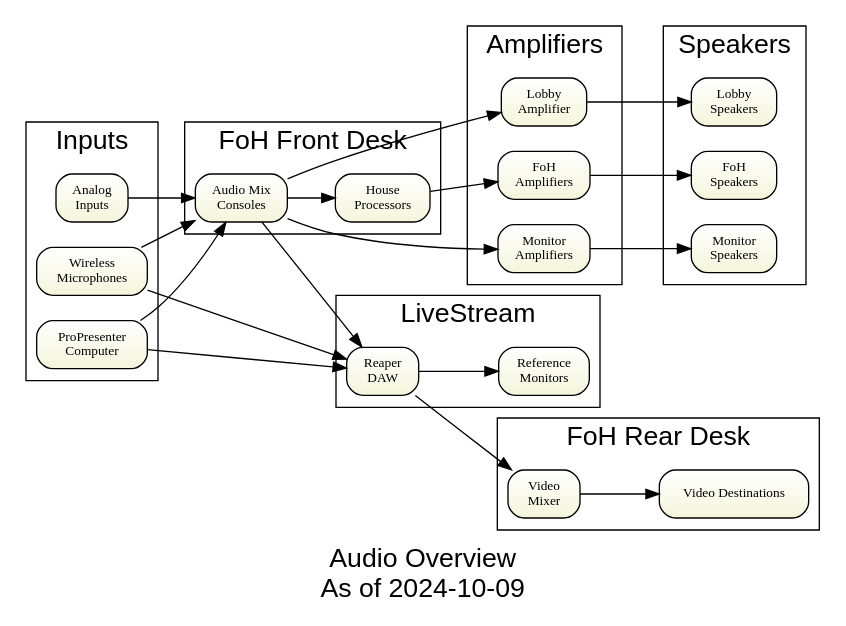
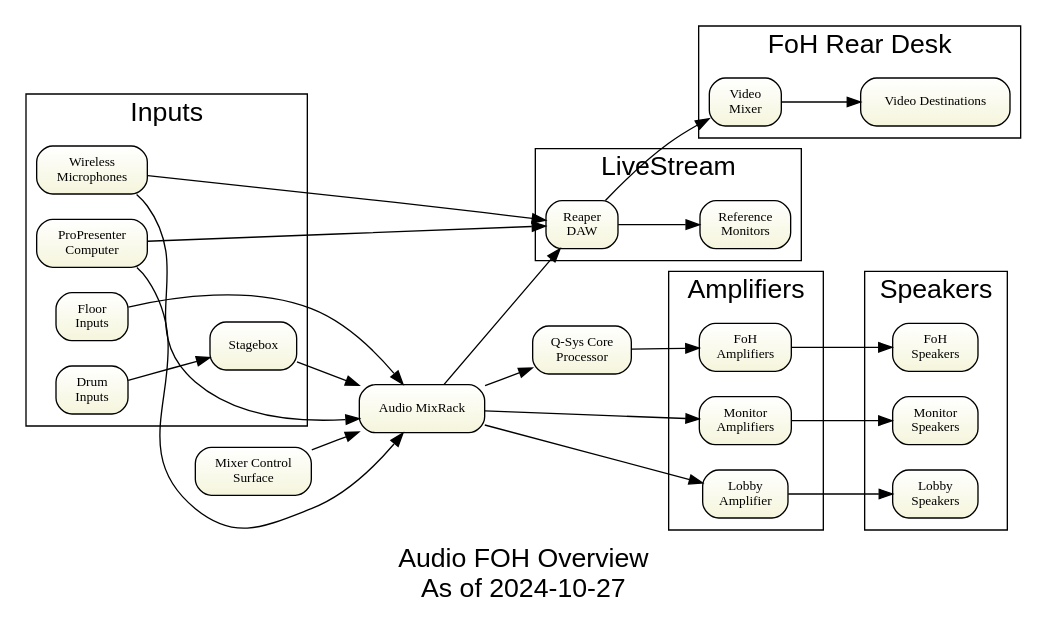
Before and after one commit to avmaint/uactechdoc: the diagram in gv/sda-overview.gv, drawn with Graphviz. The commit also changed 2 other files, not shown here.

Commit message:
updated diagrams

```diff
--- a/gv/sda-overview.gv
+++ b/gv/sda-overview.gv
@@ -1,70 +1,71 @@
 digraph overview { 
 
 graph [overlap = true, fontsize = 20, rankdir=LR 
-      label="Audio Overview\nAs of 2024-10-09", 
+      label="Audio FOH Overview\nAs of 2024-10-27", 
       fontname = Helvetica]
 
 node [shape=Mrecord, tooltip="" , fontsize = 10, 
       fillcolor="white:beige" , style=filled  
       gradientangle=270]
 
-mics [label="Wireless\nMicrophones"]
-ppcomputer [label="ProPresenter\nComputer"]
-otherinputs [label="Analog\nInputs"]
+mics        -> mixrack
+ppcomputer  -> mixrack  
+otherinputs -> mixrack
+drums -> dx168
 
-mics        -> consoles
-ppcomputer  -> consoles  
-otherinputs -> consoles
-
-subgraph cluster_fohfront {label="FoH Front Desk"   fontsize = 20
-  consoles			[label="Audio Mix\nConsoles"]
-  dsp				[label="House\nProcessors"]
-}
+mixrack	 [label="Audio MixRack"]
+uac_core [label="Q-Sys Core\nProcessor"]
+s5000    [label="Mixer Control\nSurface"]
 
 subgraph cluster_fohrear {label="FoH Rear Desk"   fontsize = 20
   videomixer		[label="Video\nMixer"]
   videodestinations [label="Video Destinations"]
 }
 
 daw -> videomixer
 videomixer -> videodestinations
 
 subgraph cluster_livestream  {label="LiveStream"   fontsize = 20
   daw			[label="Reaper\nDAW"]
   refmon		[label="Reference\nMonitors "]
 
  }
 
-consoles    -> dsp  
-consoles	-> daw
+s5000 -> mixrack
+mixrack -> uac_core  
+mixrack	-> daw
 mics		-> daw
 daw  		-> refmon
 ppcomputer	-> daw
 
 subgraph cluster_inputs {label="Inputs" fontsize = 20
-mics
-ppcomputer
-otherinputs
+	mics [label="Wireless\nMicrophones"]
+	ppcomputer [label="ProPresenter\nComputer"]
+	otherinputs [label="Floor\nInputs"]
+	drums  [label="Drum\nInputs"]
+	dx168  [label="Stagebox"]
 }
+
+dx168       -> mixrack
 
 subgraph cluster_amps { label="Amplifiers" fontsize = 20
   houseamp		[label="FoH\nAmplifiers"]
   monitoramp	[label="Monitor\nAmplifiers"]  
   lobbyamp		[label="Lobby\nAmplifier"]
 }
 
 subgraph cluster_spkrs {label="Speakers"
   monitorspeakers	[label="Monitor\nSpeakers"] 
   lobbyspeakers 	[label="Lobby\nSpeakers"]
   housespeakers 	[label="FoH\nSpeakers"]
 }
 
-dsp  -> houseamp 
+uac_core -> houseamp 
 houseamp -> housespeakers  
 
-consoles    -> lobbyamp
+mixrack    -> lobbyamp
 lobbyamp    -> lobbyspeakers
 
-consoles    -> monitoramp 
+mixrack    -> monitoramp 
 monitoramp  -> monitorspeakers 
 } 
```
